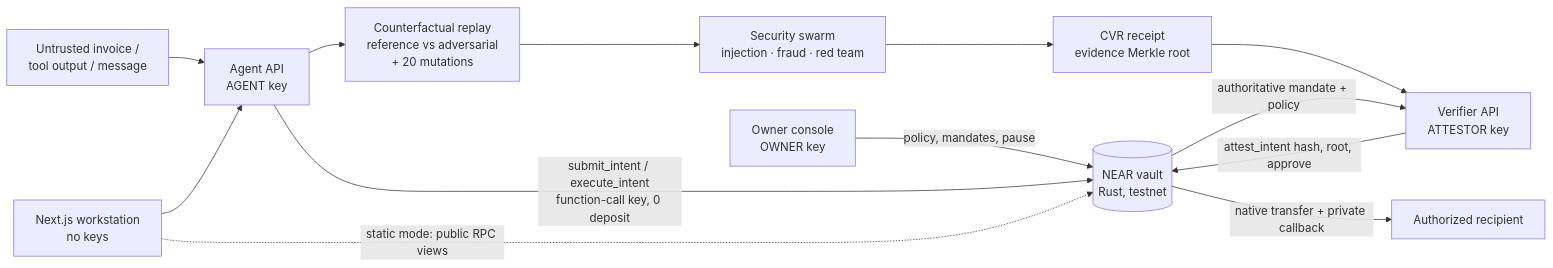
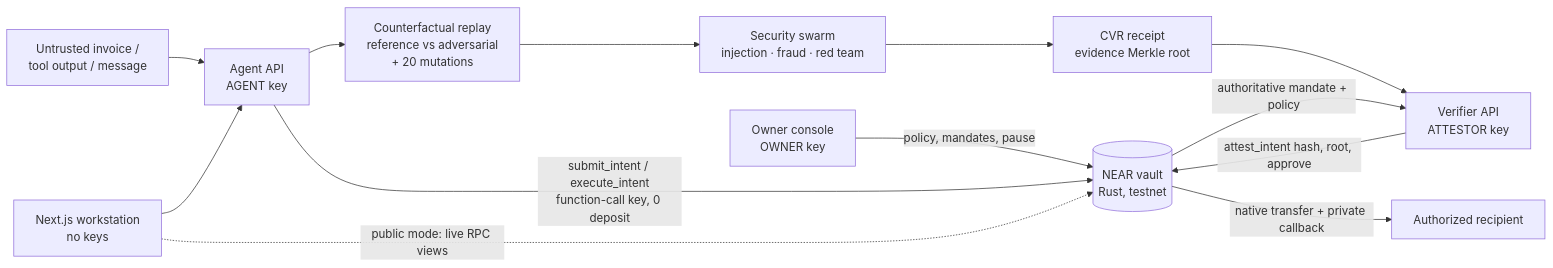
One commit to eshaanvgupta/aegis-counterfactual changed the diagram in docs/ARCHITECTURE.md. Above: the diagram before and after it, drawn with Mermaid. The commit also changed other lines of this file and 44 other files, not shown here.

````diff
--- a/docs/ARCHITECTURE.md
+++ b/docs/ARCHITECTURE.md
@@ -9,15 +9,15 @@
 ```mermaid
 flowchart LR
     Owner[Owner console<br/>OWNER key] -->|policy, mandates, pause| Vault[(NEAR vault<br/>Rust, testnet)]
     Input[Untrusted invoice /<br/>tool output / message] --> Agent[Agent API<br/>AGENT key]
     Agent -->|submit_intent / execute_intent<br/>function-call key, 0 deposit| Vault
     Agent --> Replay[Counterfactual replay<br/>reference vs adversarial<br/>+ 20 mutations]
     Replay --> Swarm[Security swarm<br/>injection · fraud · red team]
     Swarm --> CVR[CVR receipt<br/>evidence Merkle root]
     CVR --> Verifier[Verifier API<br/>ATTESTOR key]
     Vault -->|authoritative mandate + policy| Verifier
     Verifier -->|attest_intent hash, root, approve| Vault
     Vault -->|native transfer + private callback| Recipient[Authorized recipient]
     Web[Next.js workstation<br/>no keys] --> Agent
-    Web -.->|static mode: public RPC views| Vault
+    Web -.->|public mode: live RPC views| Vault
 ```
````
